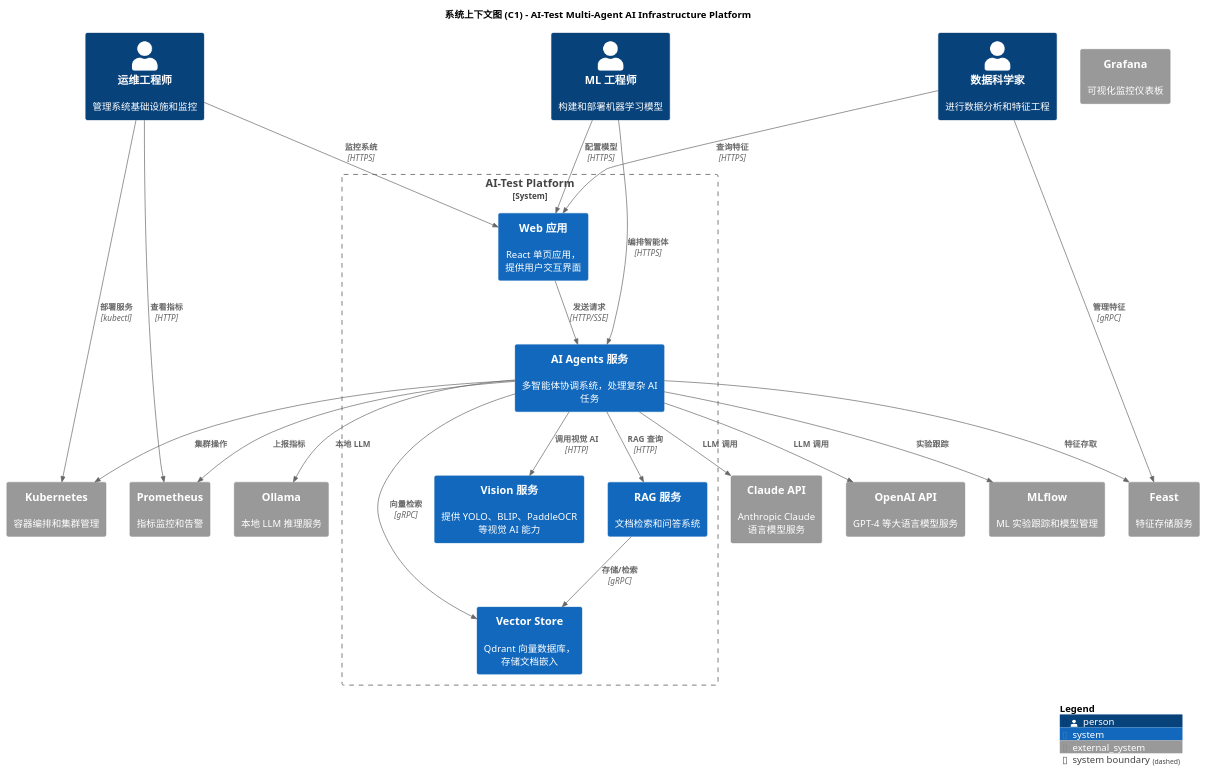
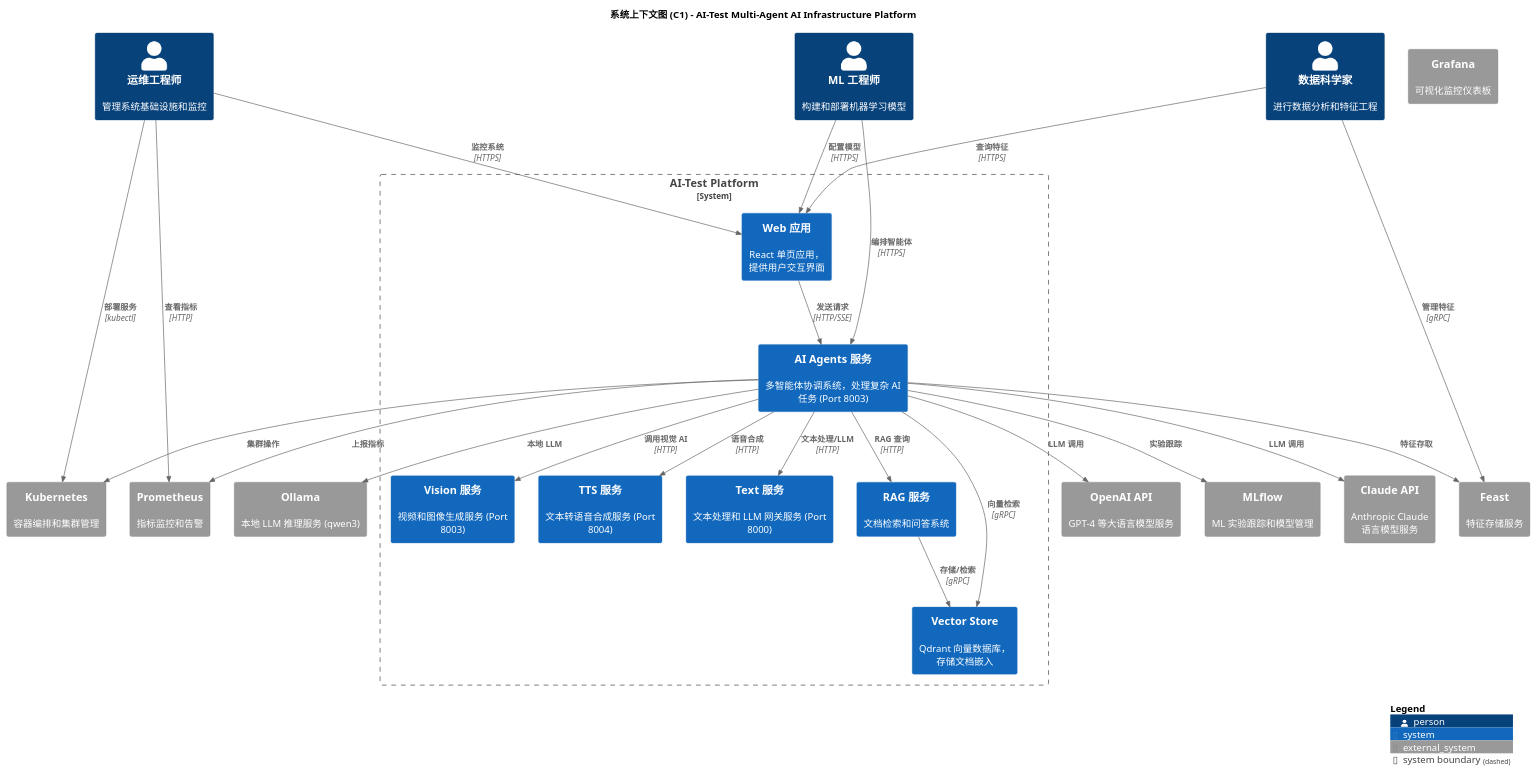
The diagram in ai/docs/c4/context.puml (felixzhu97/explore-workspace), drawn with PlantUML before and after one commit. The commit also changed 24 other files, not shown here.

First line of the commit message:
refactor: reorganize C4 diagrams, add media services and vision service components

```diff
--- a/ai/docs/c4/context.puml
+++ b/ai/docs/c4/context.puml
@@ -1,57 +1,64 @@
 @startuml C4-Context
 !include https://raw.githubusercontent.com/plantuml-stdlib/C4-PlantUML/master/C4_Context.puml
 
 LAYOUT_WITH_LEGEND()
 
 title 系统上下文图 (C1) - AI-Test Multi-Agent AI Infrastructure Platform
 
 ' 人员定义
 Person(ml_engineer, "ML 工程师", "构建和部署机器学习模型")
 Person(devops_engineer, "运维工程师", "管理系统基础设施和监控")
 Person(data_scientist, "数据科学家", "进行数据分析和特征工程")
 
-' 外部系统
+' AI-Test Platform 系统边界
 System_Boundary(ai_platform, "AI-Test Platform") {
     System(web_app, "Web 应用", "React 单页应用，提供用户交互界面")
-    System(ai_agents_service, "AI Agents 服务", "多智能体协调系统，处理复杂 AI 任务")
-    System(vision_service, "Vision 服务", "提供 YOLO、BLIP、PaddleOCR 等视觉 AI 能力")
+    System(ai_agents_service, "AI Agents 服务", "多智能体协调系统，处理复杂 AI 任务 (Port 8003)")
+    System(vision_service, "Vision 服务", "视频和图像生成服务 (Port 8003)")
+    System(tts_service, "TTS 服务", "文本转语音合成服务 (Port 8004)")
+    System(text_service, "Text 服务", "文本处理和 LLM 网关服务 (Port 8000)")
     System(rag_service, "RAG 服务", "文档检索和问答系统")
     System(vector_store, "Vector Store", "Qdrant 向量数据库，存储文档嵌入")
 }
 
 ' 外部服务
 System_Ext(openai_api, "OpenAI API", "GPT-4 等大语言模型服务")
 System_Ext(claude_api, "Claude API", "Anthropic Claude 语言模型服务")
-System_Ext(ollama, "Ollama", "本地 LLM 推理服务")
+System_Ext(ollama, "Ollama", "本地 LLM 推理服务 (qwen3)")
 System_Ext(kubernetes, "Kubernetes", "容器编排和集群管理")
 System_Ext(prometheus, "Prometheus", "指标监控和告警")
 System_Ext(grafana, "Grafana", "可视化监控仪表板")
 System_Ext(mlflow, "MLflow", "ML 实验跟踪和模型管理")
 System_Ext(feast, "Feast", "特征存储服务")
 
-' 关系
+' 用户关系
 Rel(ml_engineer, web_app, "配置模型", "HTTPS")
 Rel(ml_engineer, ai_agents_service, "编排智能体", "HTTPS")
 Rel(devops_engineer, web_app, "监控系统", "HTTPS")
 Rel(devops_engineer, kubernetes, "部署服务", "kubectl")
 Rel(devops_engineer, prometheus, "查看指标", "HTTP")
 Rel(data_scientist, web_app, "查询特征", "HTTPS")
 Rel(data_scientist, feast, "管理特征", "gRPC")
 
+' 内部系统关系
 Rel(web_app, ai_agents_service, "发送请求", "HTTP/SSE")
 Rel(ai_agents_service, vision_service, "调用视觉 AI", "HTTP")
+Rel(ai_agents_service, tts_service, "语音合成", "HTTP")
+Rel(ai_agents_service, text_service, "文本处理/LLM", "HTTP")
 Rel(ai_agents_service, rag_service, "RAG 查询", "HTTP")
 Rel(ai_agents_service, vector_store, "向量检索", "gRPC")
 Rel(rag_service, vector_store, "存储/检索", "gRPC")
 
+' LLM 集成
 Rel(ai_agents_service, openai_api, "LLM 调用")
 Rel(ai_agents_service, claude_api, "LLM 调用")
 Rel(ai_agents_service, ollama, "本地 LLM")
 
+' 运维集成
 Rel(ai_agents_service, mlflow, "实验跟踪")
 Rel(ai_agents_service, feast, "特征存取")
 Rel(ai_agents_service, prometheus, "上报指标")
 Rel(ai_agents_service, kubernetes, "集群操作")
 
 SHOW_LEGEND()
 @enduml
```
